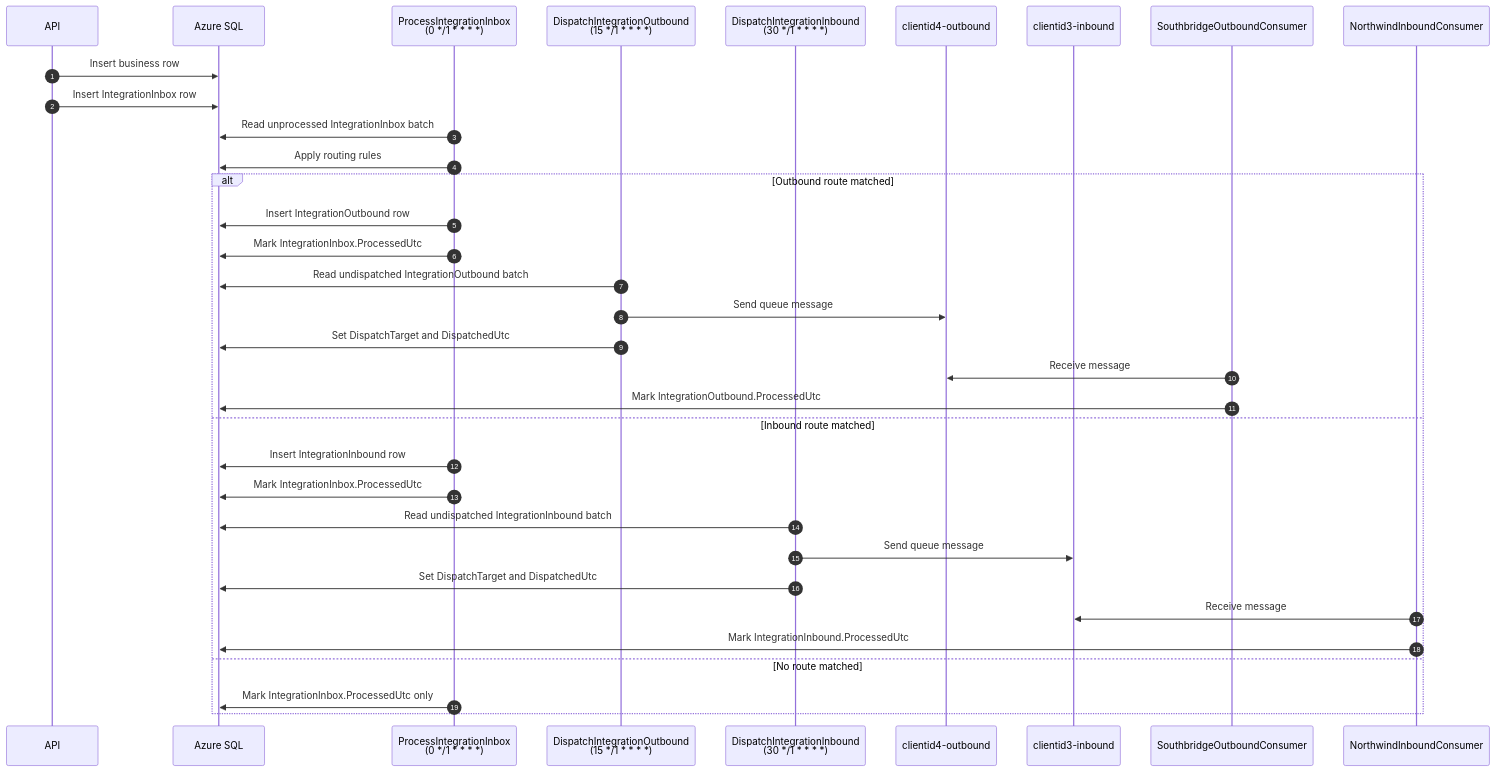
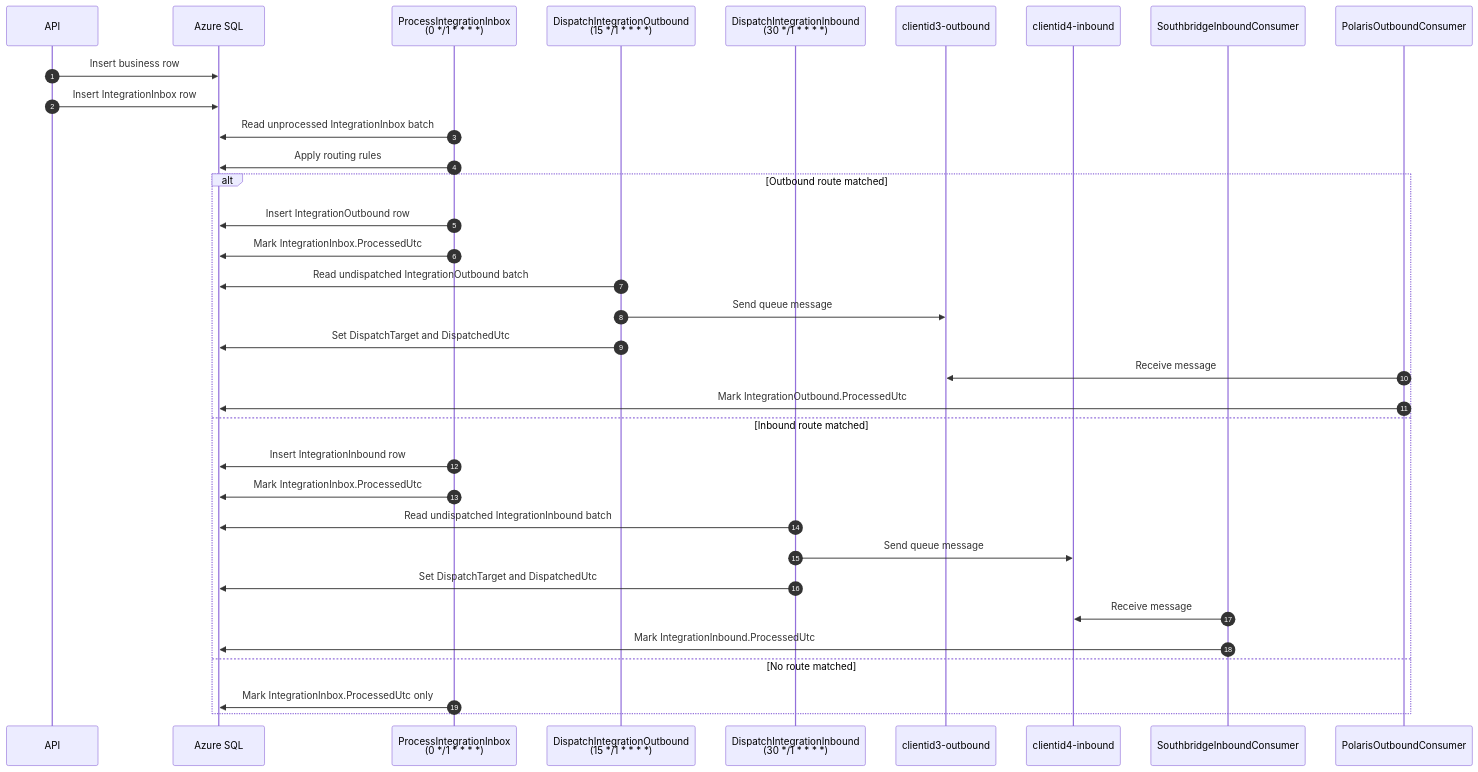
One commit to timmetcalfe/KulaHubIssues changed the second of 3 diagrams in MESSAGE_FLOW.md. Above: the diagram before and after it, drawn with Mermaid. The commit also changed other lines of this file and 8 other files, not shown here.

Commit message:
feat: update client references from Northwind Advisory to Polaris Advisory; refactor related processing logic and consumer functions

````diff
--- a/MESSAGE_FLOW.md
+++ b/MESSAGE_FLOW.md
@@ -58,38 +58,38 @@
 ```mermaid
 sequenceDiagram
     autonumber
     participant API as API
     participant DB as Azure SQL
     participant InboxFn as ProcessIntegrationInbox<br/>(0 */1 * * * *)
     participant OutFn as DispatchIntegrationOutbound<br/>(15 */1 * * * *)
     participant InFn as DispatchIntegrationInbound<br/>(30 */1 * * * *)
-    participant SBOut as clientid4-outbound
-    participant SBIn as clientid3-inbound
-    participant Southbridge as SouthbridgeOutboundConsumer
-    participant Northwind as NorthwindInboundConsumer
+    participant SBOut as clientid3-outbound
+    participant SBIn as clientid4-inbound
+    participant Southbridge as SouthbridgeInboundConsumer
+    participant Polaris as PolarisOutboundConsumer
 
     API->>DB: Insert business row
     API->>DB: Insert IntegrationInbox row
 
     InboxFn->>DB: Read unprocessed IntegrationInbox batch
     InboxFn->>DB: Apply routing rules
     alt Outbound route matched
         InboxFn->>DB: Insert IntegrationOutbound row
         InboxFn->>DB: Mark IntegrationInbox.ProcessedUtc
         OutFn->>DB: Read undispatched IntegrationOutbound batch
         OutFn->>SBOut: Send queue message
         OutFn->>DB: Set DispatchTarget and DispatchedUtc
-        Southbridge->>SBOut: Receive message
-        Southbridge->>DB: Mark IntegrationOutbound.ProcessedUtc
+        Polaris->>SBOut: Receive message
+        Polaris->>DB: Mark IntegrationOutbound.ProcessedUtc
     else Inbound route matched
         InboxFn->>DB: Insert IntegrationInbound row
         InboxFn->>DB: Mark IntegrationInbox.ProcessedUtc
         InFn->>DB: Read undispatched IntegrationInbound batch
         InFn->>SBIn: Send queue message
         InFn->>DB: Set DispatchTarget and DispatchedUtc
-        Northwind->>SBIn: Receive message
-        Northwind->>DB: Mark IntegrationInbound.ProcessedUtc
+        Southbridge->>SBIn: Receive message
+        Southbridge->>DB: Mark IntegrationInbound.ProcessedUtc
     else No route matched
         InboxFn->>DB: Mark IntegrationInbox.ProcessedUtc only
     end
 ```
````
